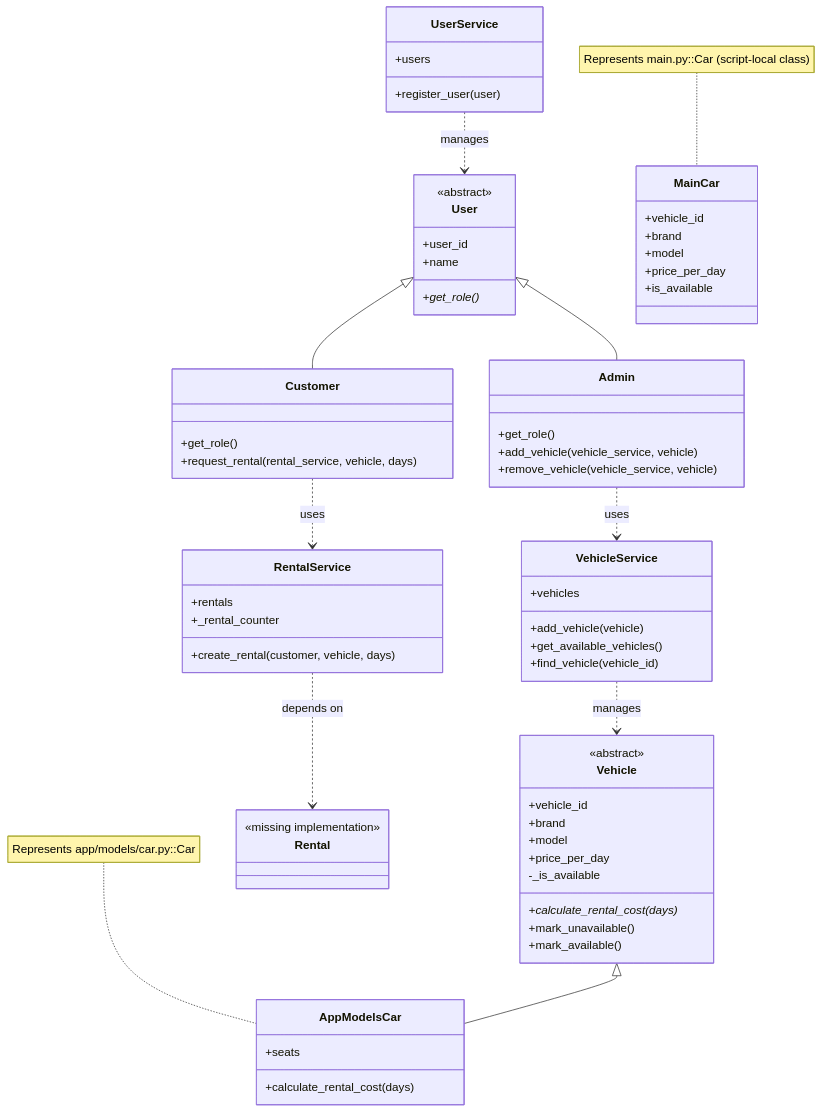
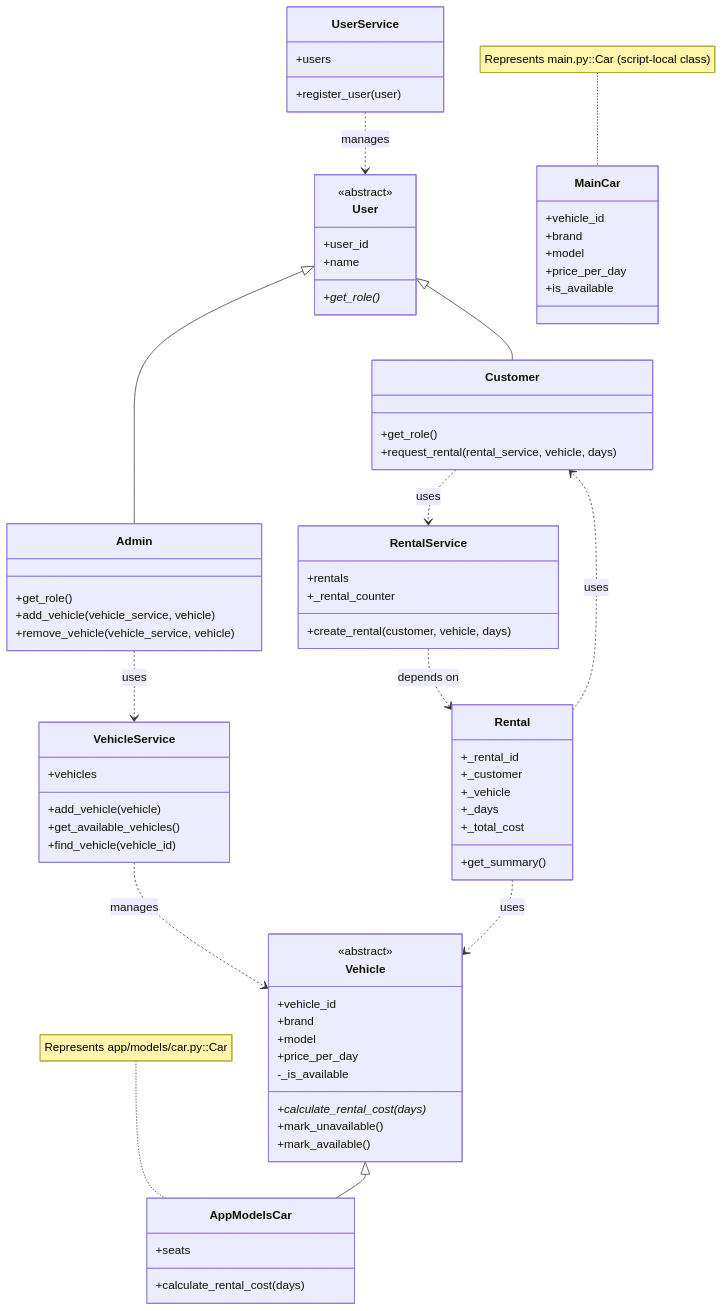
One commit to imran-ahmed377/fantastic-guide changed the diagram in UML_CLASS_DIAGRAM.md. Above: the diagram before and after it, drawn with Mermaid. The commit also changed other lines of this file, not shown here.

Commit message:
Add Rental class implementation with attributes and summary method in UML Class Diagram

```diff
--- a/UML_CLASS_DIAGRAM.md
+++ b/UML_CLASS_DIAGRAM.md
@@ -66,7 +66,12 @@
     }
 
     class Rental {
-        <<missing implementation>>
+        +_rental_id
+        +_customer
+        +_vehicle
+        +_days
+        +_total_cost
+        +get_summary()
     }
 
     User <|-- Customer
@@ -78,6 +83,8 @@
     UserService ..> User : manages
     VehicleService ..> Vehicle : manages
     RentalService ..> Rental : depends on
+    Rental ..> Vehicle : uses
+    Rental ..> Customer : uses
 
     note for AppModelsCar "Represents app/models/car.py::Car"
     note for MainCar "Represents main.py::Car (script-local class)"
```
